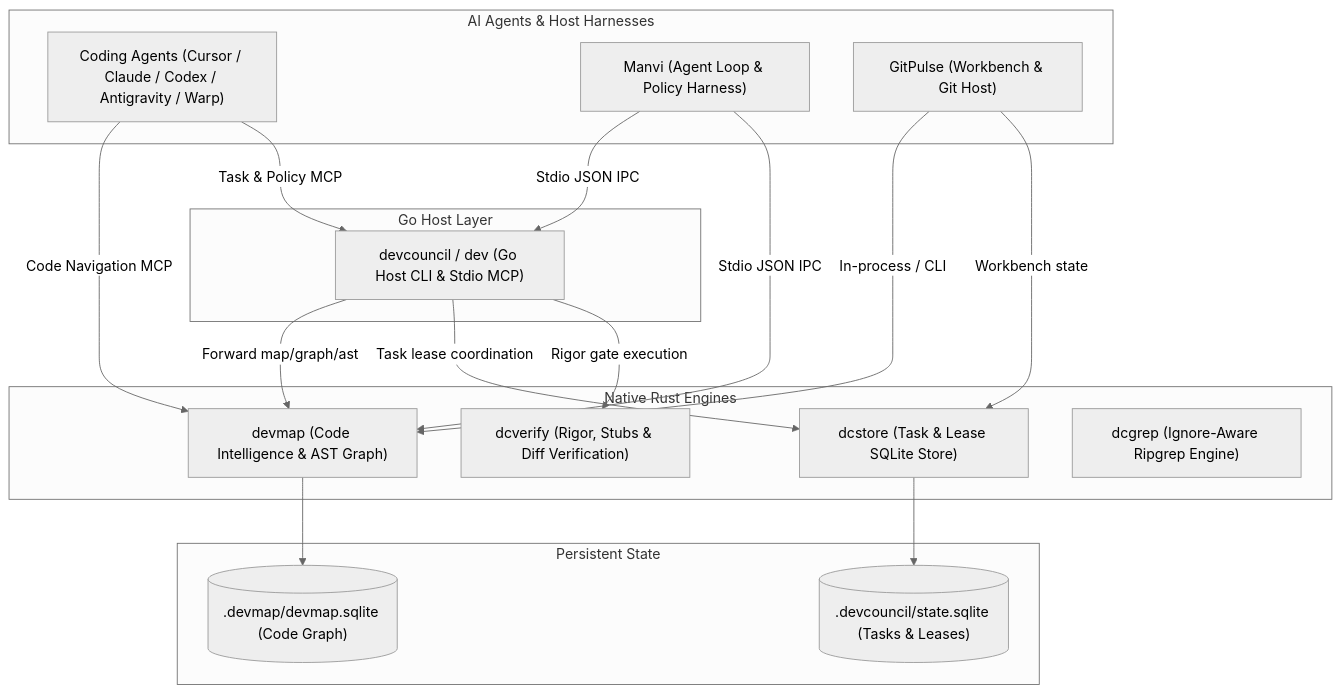
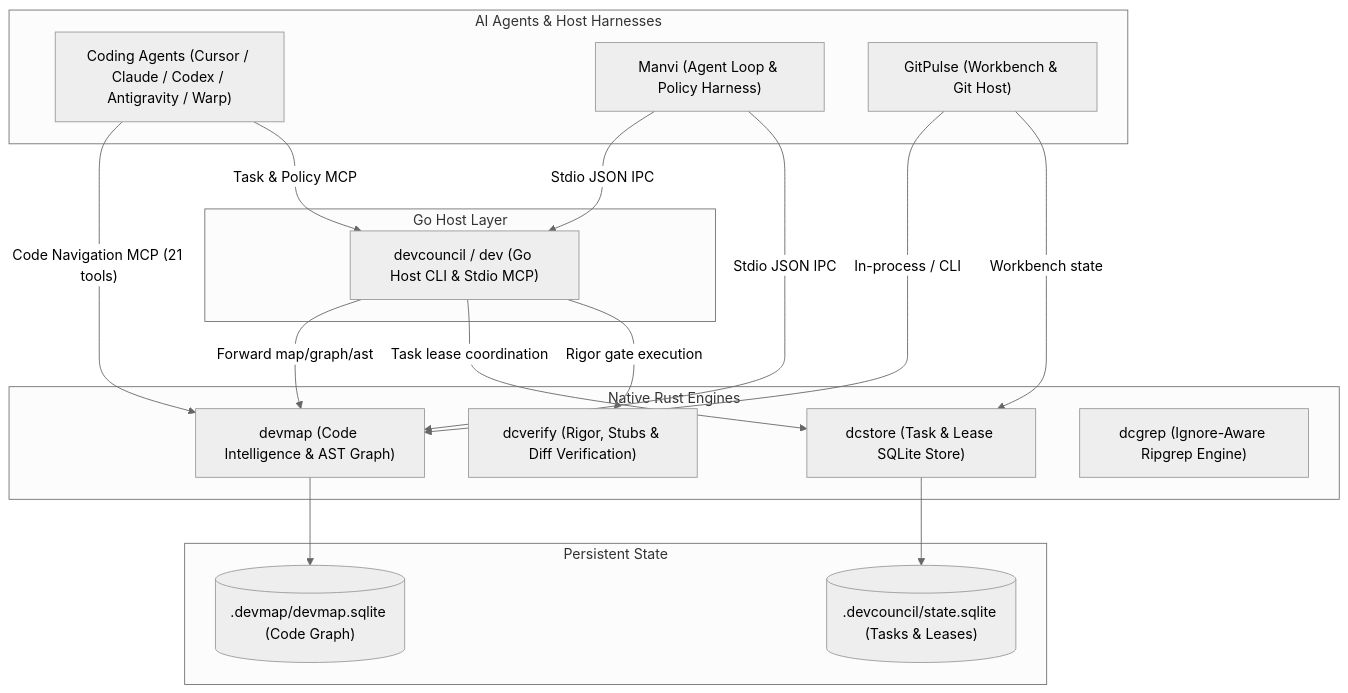
The first of 2 diagrams in README.md (bharathvbcr/DevCouncil), drawn with Mermaid (neutral theme) before and after one commit. The commit also changed other lines of this file and 9 other files, not shown here.

First line of the commit message:
docs: refresh README, architecture, security and release notes for schema 98

````diff
--- a/README.md
+++ b/README.md
@@ -41,38 +41,38 @@
 ```mermaid
 flowchart TD
     subgraph Consumers["AI Agents & Host Harnesses"]
         Agent["Coding Agents (Cursor / Claude / Codex / Antigravity / Warp)"]
         Manvi["Manvi (Agent Loop & Policy Harness)"]
         GitPulse["GitPulse (Workbench & Git Host)"]
     end
 
     subgraph Orchestration["Go Host Layer"]
         DevCouncil["devcouncil / dev (Go Host CLI & Stdio MCP)"]
     end
 
     subgraph NativeModules["Native Rust Engines"]
         DevMap["devmap (Code Intelligence & AST Graph)"]
         DCStore["dcstore (Task & Lease SQLite Store)"]
         DCVerify["dcverify (Rigor, Stubs & Diff Verification)"]
         DCGrep["dcgrep (Ignore-Aware Ripgrep Engine)"]
     end
 
     subgraph Storage["Persistent State"]
         GraphDB[(".devmap/devmap.sqlite (Code Graph)")]
         TaskDB[(".devcouncil/state.sqlite (Tasks & Leases)")]
     end
 
-    Agent -->|"Code Navigation MCP"| DevMap
+    Agent -->|"Code Navigation MCP (21 tools)"| DevMap
     Agent -->|"Task & Policy MCP"| DevCouncil
     Manvi -->|"Stdio JSON IPC"| DevCouncil
     Manvi -->|"Stdio JSON IPC"| DevMap
     GitPulse -->|"In-process / CLI"| DevMap
     GitPulse -->|"Workbench state"| DCStore
 
     DevCouncil -->|"Forward map/graph/ast"| DevMap
     DevCouncil -->|"Task lease coordination"| DCStore
     DevCouncil -->|"Rigor gate execution"| DCVerify
 
     DevMap --> GraphDB
     DCStore --> TaskDB
 ```
````
